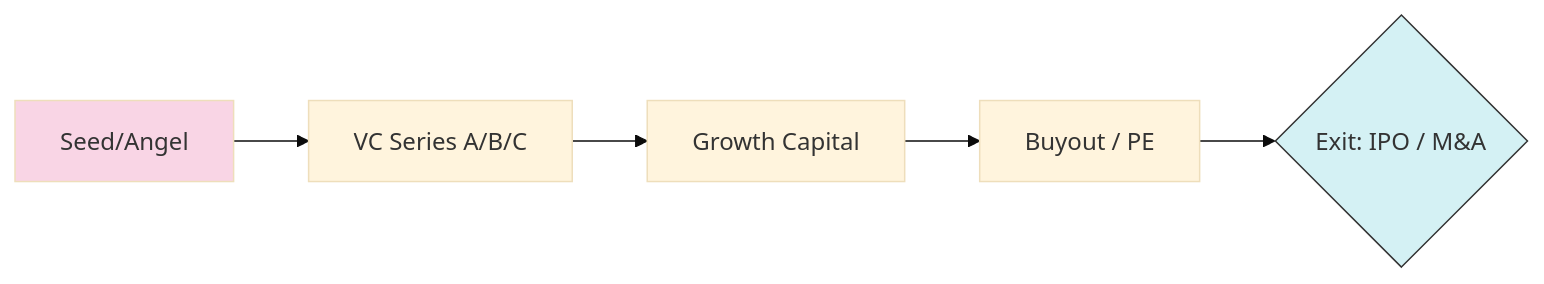
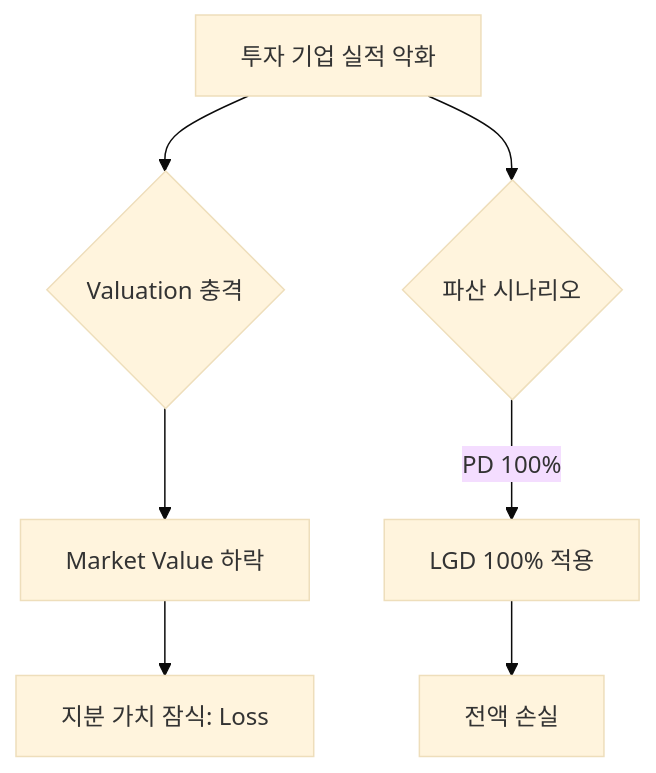
Before and after one commit to kbgkim/ib_wiki: the diagram in src/03_Assets_Verticals/Equity/Basics.md, drawn with Mermaid (base theme). The commit also changed other lines of this file and 7 other files, not shown here.

````diff
--- a/src/03_Assets_Verticals/Equity/Basics.md
+++ b/src/03_Assets_Verticals/Equity/Basics.md
@@ -9,10 +23,10 @@
 ```mermaid
-graph LR
-    A[Seed/Angel] --> B[VC Series A/B/C]
-    B --> C[Growth Capital]
-    C --> D[Buyout / PE]
-    D --> E{Exit: IPO / M&A}
+graph TD
+    A[투자 기업 실적 악화] --> B{Valuation 충격}
+    B --> C[Market Value 하락]
+    C --> D[지분 가치 잠식: Loss]
     
-    style A fill:#f9d5e5
-    style E fill:#d4f1f4,stroke:#333
+    A --> E{파산 시나리오}
+    E -->|PD 100%| F[LGD 100% 적용]
+    F --> G[전액 손실]
 ```
````
